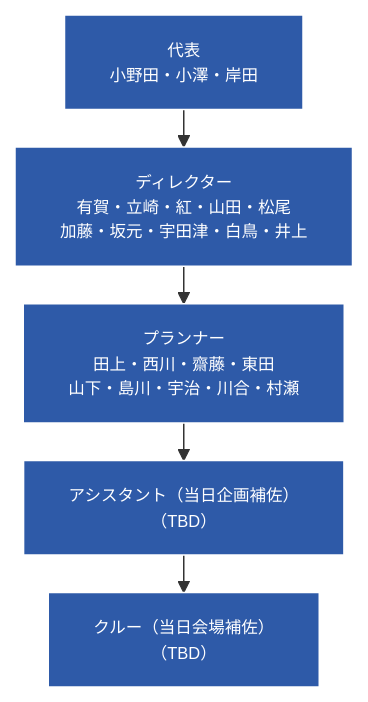
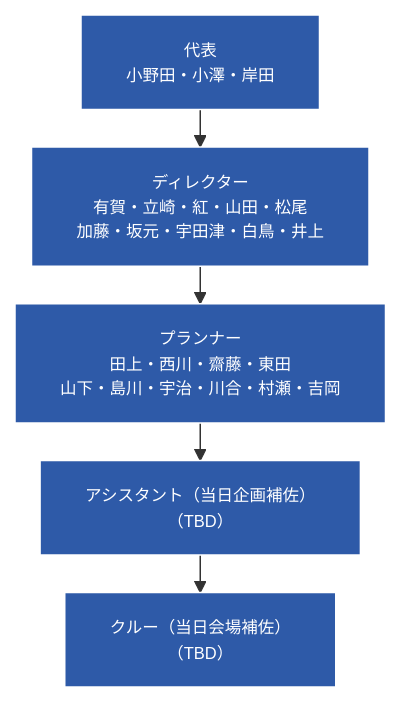
Before and after one commit to liofval/spikes_hr: the first of 3 diagrams in spikes-org-chart.md, drawn with Mermaid. The commit also changed other lines of this file and 1 other file, not shown here.

Commit message:
組織図: 吉岡夏輝を松尾（STAGE）配下のPとして追加

````diff
--- a/spikes-org-chart.md
+++ b/spikes-org-chart.md
@@ -9,13 +9,13 @@
 ```mermaid
 %%{init: {'flowchart': {'nodeSpacing': 20, 'rankSpacing': 25}, 'themeVariables': {'fontSize': '11px'}}}%%
 graph TD
     R["代表<br/>小野田・小澤・岸田"]
     D["ディレクター<br/>有賀・立崎・紅・山田・松尾<br/>加藤・坂元・宇田津・白鳥・井上"]
-    P["プランナー<br/>田上・西川・齋藤・東田<br/>山下・島川・宇治・川合・村瀬"]
+    P["プランナー<br/>田上・西川・齋藤・東田<br/>山下・島川・宇治・川合・村瀬・吉岡"]
     A["アシスタント（当日企画補佐）<br/>（TBD）"]
     C["クルー（当日会場補佐）<br/>（TBD）"]
     R --> D --> P --> A --> C
 
     classDef role fill:#2e5aa8,stroke:#fff,color:#fff;
     class R,D,P,A,C role;
 ```
````
